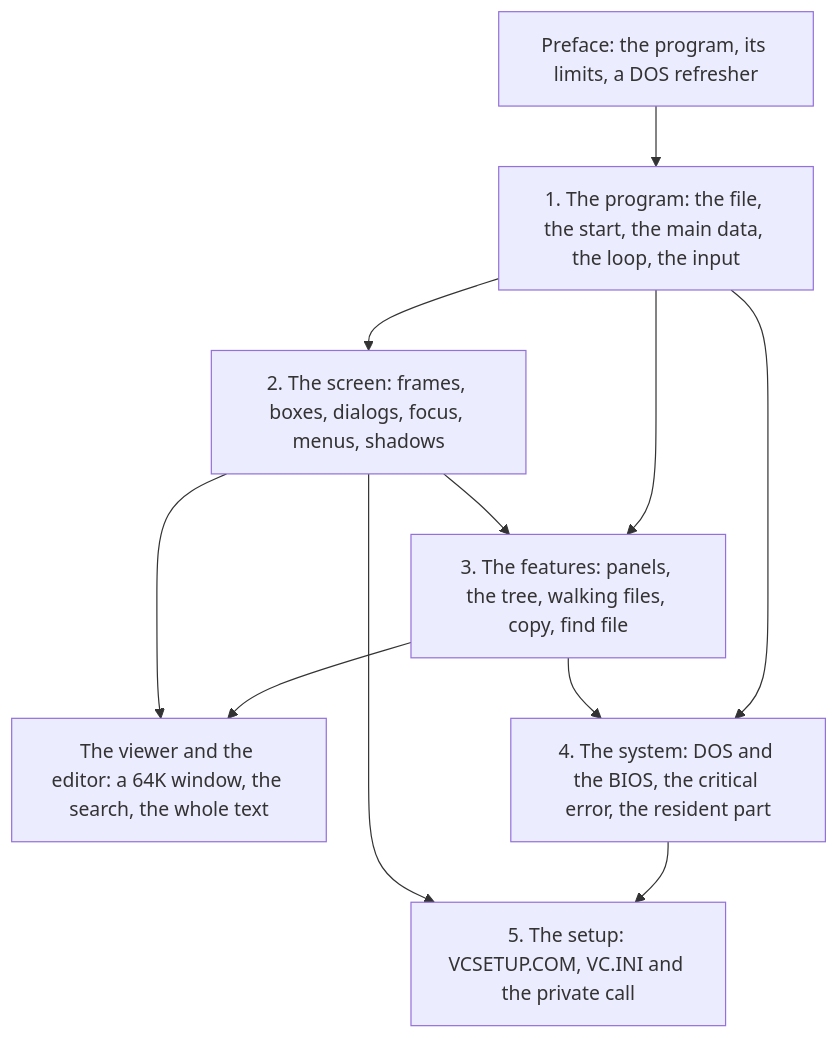
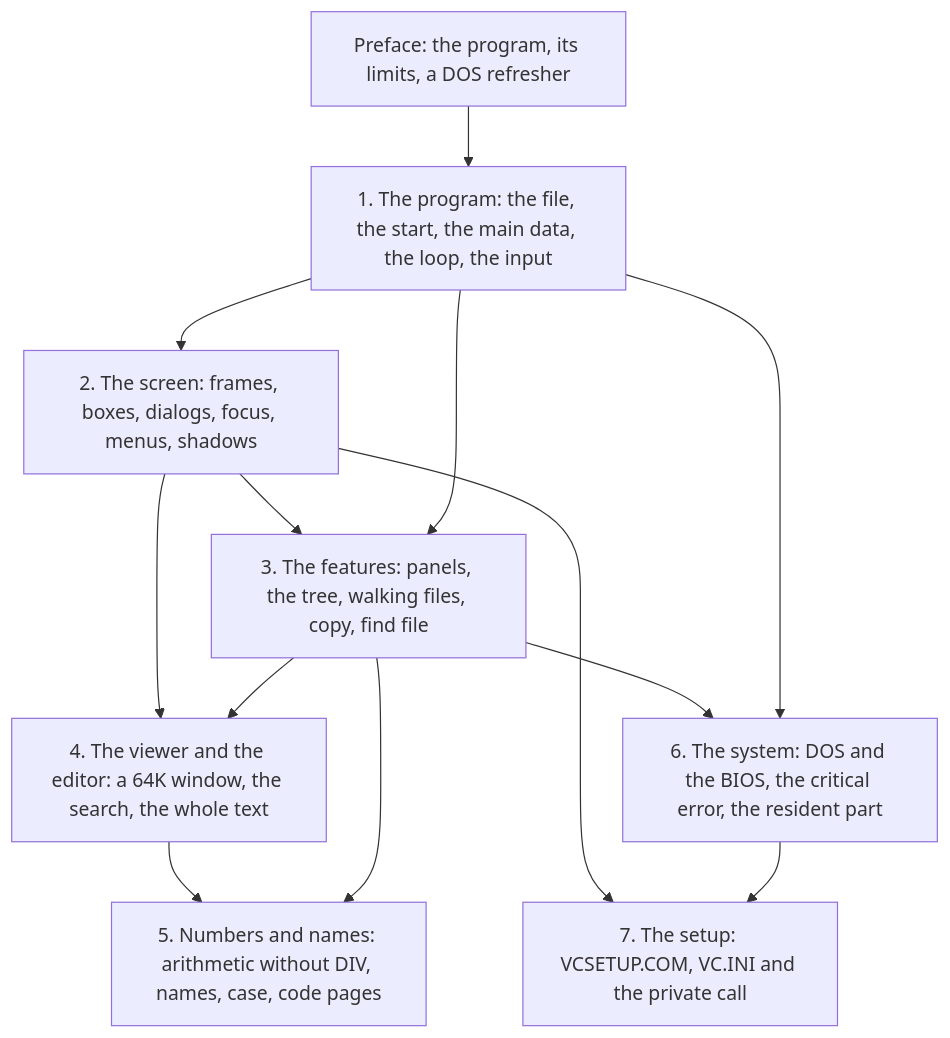
The diagram in docs/design/00-preface.md (mmotorny/vibe_commander), drawn with Mermaid before and after one commit. The commit also changed other lines of this file and 8 other files, not shown here.

````diff
--- a/docs/design/00-preface.md
+++ b/docs/design/00-preface.md
@@ -139,20 +139,23 @@
 ```mermaid
 graph TD
     P["Preface: the program, its limits, a DOS refresher"]
     C1["1. The program: the file, the start, the main data, the loop, the input"]
     C2["2. The screen: frames, boxes, dialogs, focus, menus, shadows"]
     C3["3. The features: panels, the tree, walking files, copy, find file"]
-    CV["The viewer and the editor: a 64K window, the search, the whole text"]
-    C4["4. The system: DOS and the BIOS, the critical error, the resident part"]
-    C5["5. The setup: VCSETUP.COM, VC.INI and the private call"]
+    C4["4. The viewer and the editor: a 64K window, the search, the whole text"]
+    C5["5. Numbers and names: arithmetic without DIV, names, case, code pages"]
+    C6["6. The system: DOS and the BIOS, the critical error, the resident part"]
+    C7["7. The setup: VCSETUP.COM, VC.INI and the private call"]
     P --> C1
     C1 --> C2
     C1 --> C3
     C2 --> C3
-    C3 --> CV
-    C2 --> CV
-    C1 --> C4
     C3 --> C4
+    C2 --> C4
+    C3 --> C5
     C4 --> C5
-    C2 --> C5
+    C1 --> C6
+    C3 --> C6
+    C6 --> C7
+    C2 --> C7
 ```
````
